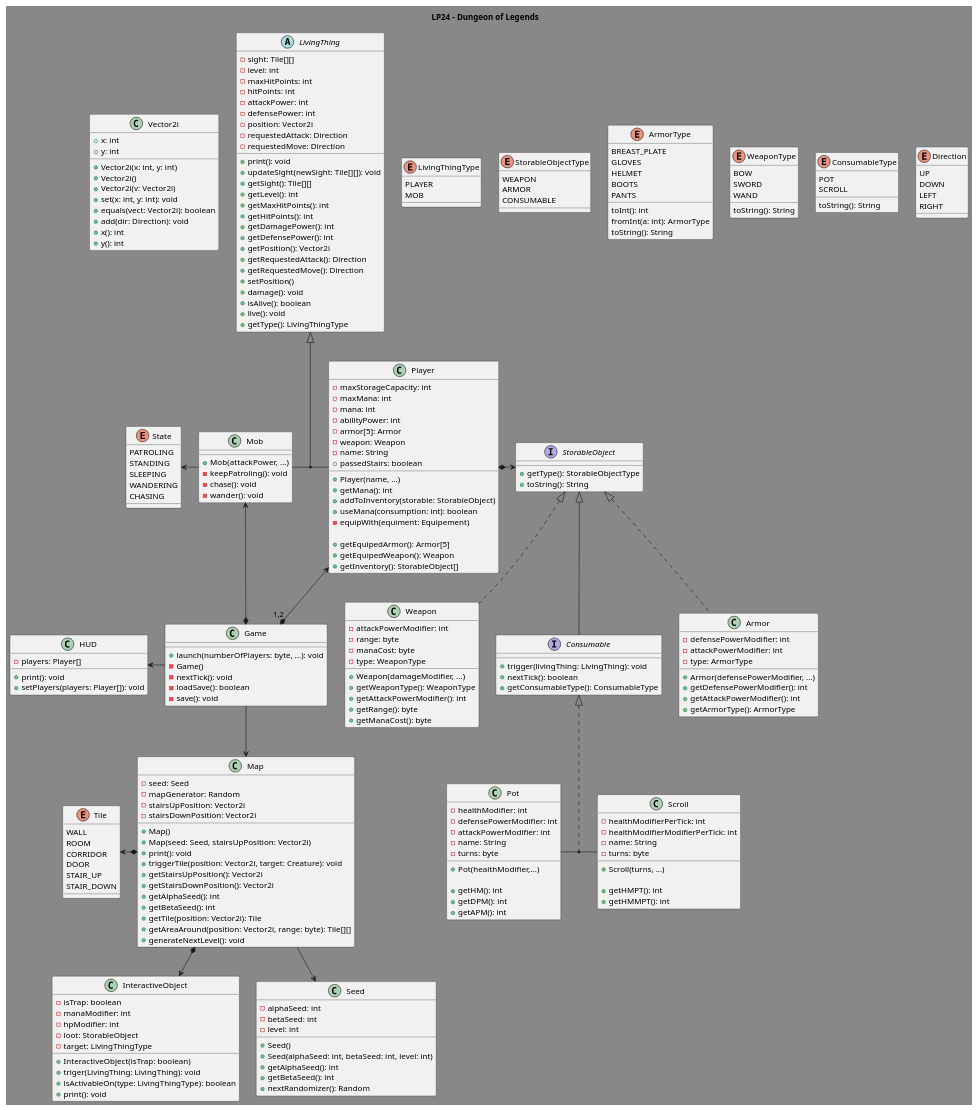
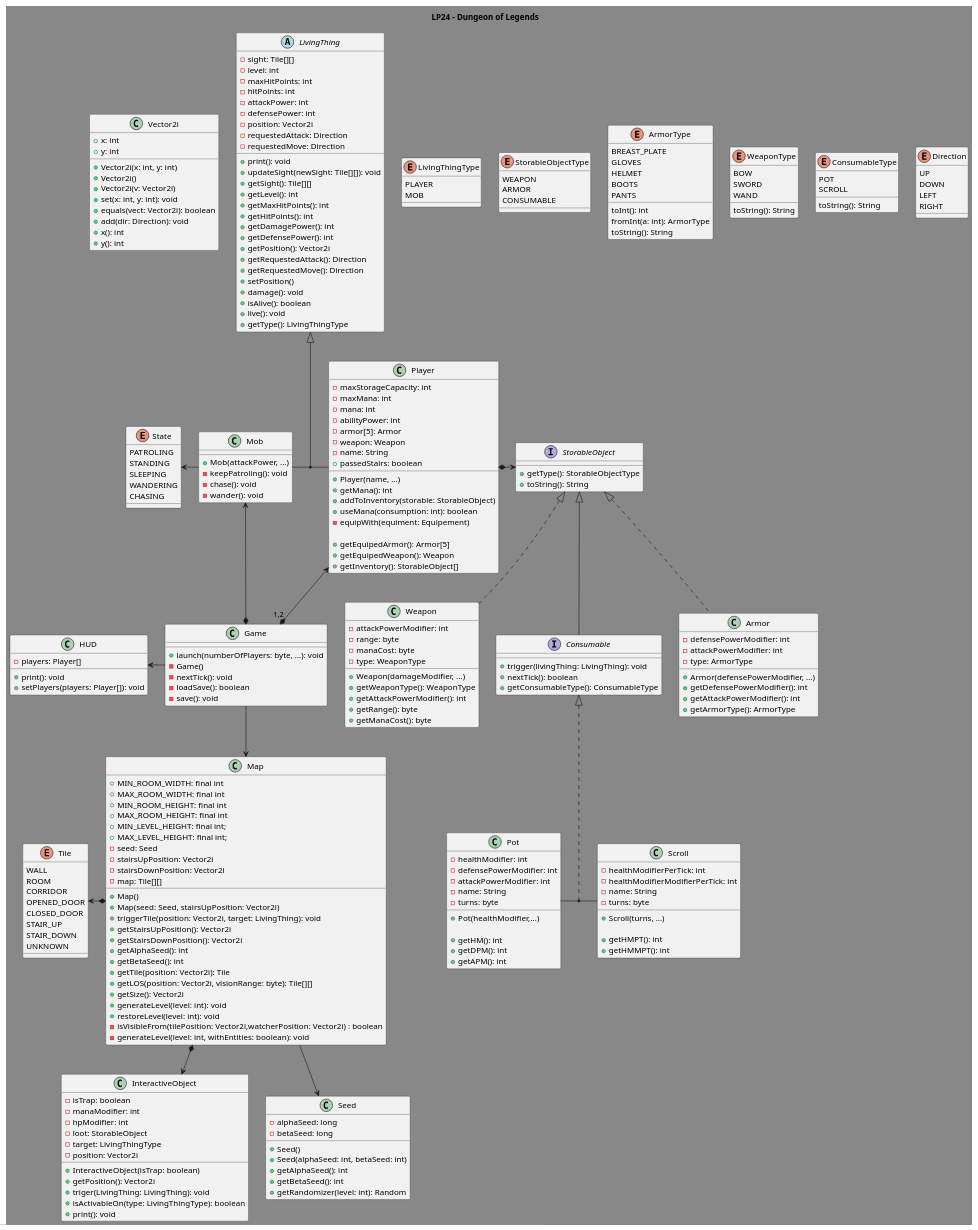
The diagram in diagram.puml (TiWinDeTea/Raoul-the-Game), drawn with PlantUML before and after one commit. The commit also changed 4 other files, not shown here.

First line of the commit message:
Starting Map Implementation, implemented Seed

```diff
--- a/diagram.puml
+++ b/diagram.puml
@@ -52,9 +52,11 @@
     WALL
     ROOM
     CORRIDOR
-    DOOR
+    OPENED_DOOR
+    CLOSED_DOOR
     STAIR_UP
     STAIR_DOWN
+    UNKNOWN
 }
 
 LivingThingType -[hidden]right- StorableObjectType
@@ -208,35 +210,43 @@
 Game -left-> HUD
 
 class Map {
+    + MIN_ROOM_WIDTH: final int
+    + MAX_ROOM_WIDTH: final int
+    + MIN_ROOM_HEIGHT: final int
+    + MAX_ROOM_HEIGHT: final int
+    + MIN_LEVEL_HEIGHT: final int;
+    + MAX_LEVEL_HEIGHT: final int;
     - seed: Seed
-    - mapGenerator: Random
     - stairsUpPosition: Vector2i
     - stairsDownPosition: Vector2i
+    - map: Tile[][]
     + Map()
     + Map(seed: Seed, stairsUpPosition: Vector2i)
-    + print(): void
-    + triggerTile(position: Vector2i, target: Creature): void
+    + triggerTile(position: Vector2i, target: LivingThing): void
     + getStairsUpPosition(): Vector2i
     + getStairsDownPosition(): Vector2i
     + getAlphaSeed(): int
     + getBetaSeed(): int
     + getTile(position: Vector2i): Tile
-    + getAreaAround(position: Vector2i, range: byte): Tile[][]
-    + generateNextLevel(): void
+    + getLOS(position: Vector2i, visionRange: byte): Tile[][]
+    + getSize(): Vector2i
+    + generateLevel(level: int): void
+    + restoreLevel(level: int): void
+    - isVisibleFrom(tilePosition: Vector2i,watcherPosition: Vector2i) : boolean
+    - generateLevel(level: int, withEntities: boolean): void
 }
 Map *--> InteractiveObject
 Map *-left-> Tile
 Map --> Seed
 
 class Seed {
-    - alphaSeed: int
-    - betaSeed: int
-    - level: int
+    - alphaSeed: long
+    - betaSeed: long
     + Seed()
-    + Seed(alphaSeed: int, betaSeed: int, level: int)
+    + Seed(alphaSeed: int, betaSeed: int)
     + getAlphaSeed(): int
     + getBetaSeed(): int
-    + nextRandomizer(): Random
+    + getRandomizer(level: int): Random
 }
 
 enum State{
@@ -259,7 +269,9 @@
     - hpModifier: int
     - loot: StorableObject
     - target: LivingThingType
+    - position: Vector2i
     + InteractiveObject(isTrap: boolean)
+    + getPosition(): Vector2i
     + triger(LivingThing: LivingThing): void
     + isActivableOn(type: LivingThingType): boolean
     + print(): void
```
